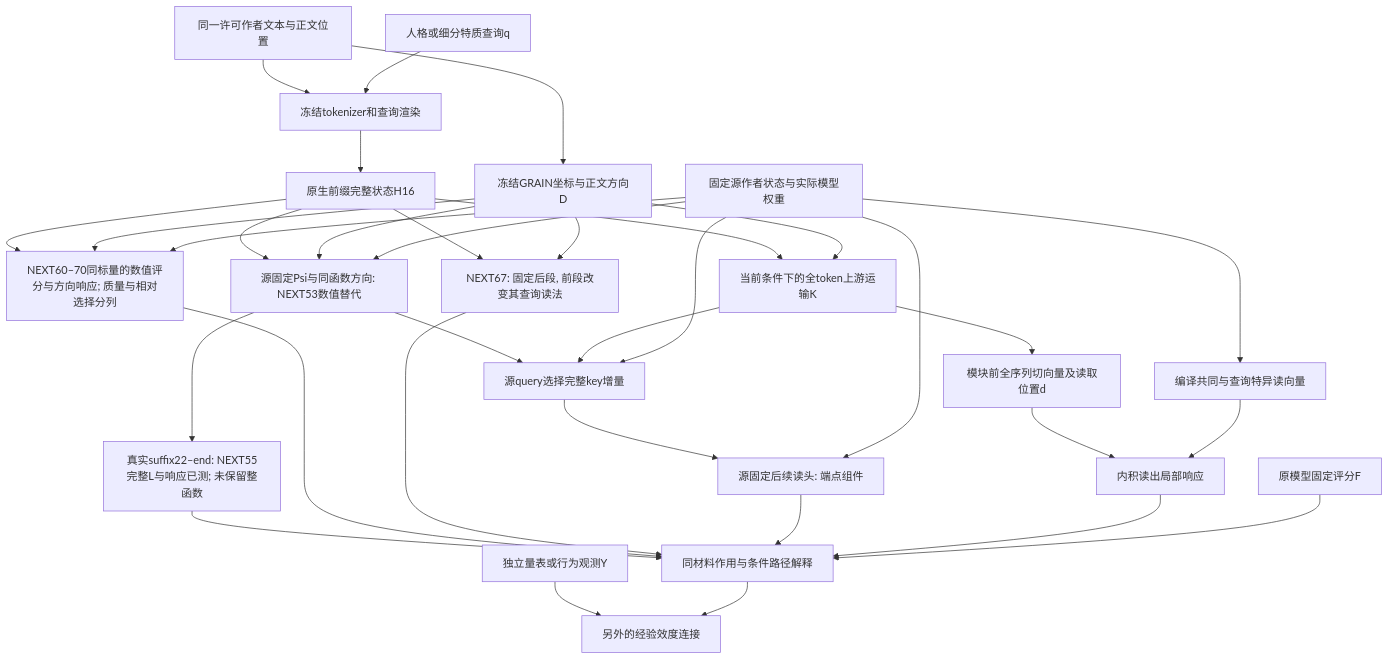
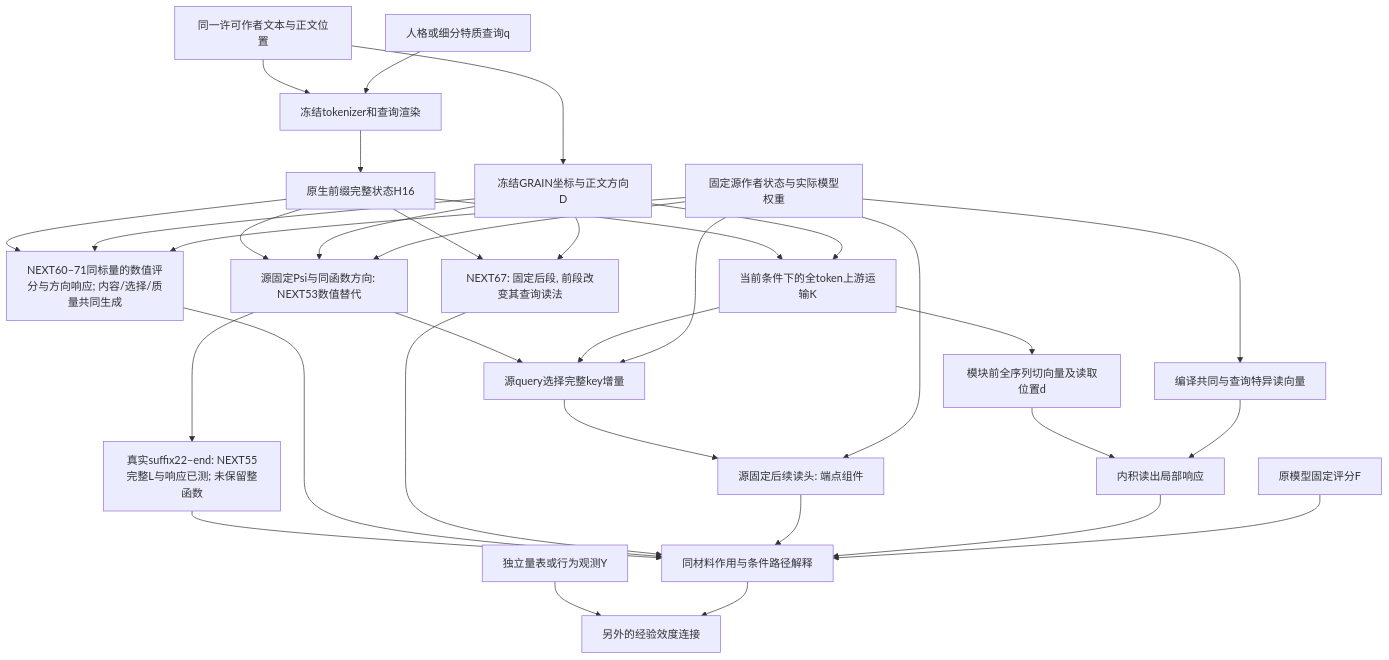
Before and after one commit to reiserhhh/GRAIN: the diagram in docs/GRAIN_UPSTREAM_MECHANISM_INTEGRATION_V1.md, drawn with Mermaid. The commit also changed other lines of this file and 17 other files, not shown here.

````diff
--- a/docs/GRAIN_UPSTREAM_MECHANISM_INTEGRATION_V1.md
+++ b/docs/GRAIN_UPSTREAM_MECHANISM_INTEGRATION_V1.md
@@ -8,35 +8,35 @@
 ```mermaid
 flowchart TD
   T[同一许可作者文本与正文位置] --> G[冻结GRAIN坐标与正文方向D]
   T --> R[冻结tokenizer和查询渲染]
   Q[人格或细分特质查询q] --> R
   R --> H[原生前缀完整状态H16]
   H --> K[当前条件下的全token上游运输K]
   H --> P[源固定Psi与同函数方向: NEXT53数值替代]
   G --> P
   S --> P
   P --> U
   P --> W[真实suffix22–end: NEXT55完整L与响应已测; 未保留整函数]
   W --> J
-  H --> Z[NEXT60–70同标量的数值评分与方向响应; 质量与相对选择分列]
+  H --> Z[NEXT60–71同标量的数值评分与方向响应; 内容/选择/质量共同生成]
   G --> Z
   S --> Z
   Z --> J
   H --> I[NEXT67: 固定后段, 前段改变其查询读法]
   G --> I
   I --> J
   G --> K
   K --> D[模块前全序列切向量及读取位置d]
   S[固定源作者状态与实际模型权重] --> V[编译共同与查询特异读向量]
   D --> A[内积读出局部响应]
   V --> A
   K --> U[源query选择完整key增量]
   S --> U
   U --> C[源固定后续读头: 端点组件]
   S --> C
   C --> J
   A --> J[同材料作用与条件路径解释]
   F[原模型固定评分F] --> J
   Y[独立量表或行为观测Y] --> E[另外的经验效度连接]
   J --> E
 ```
````
